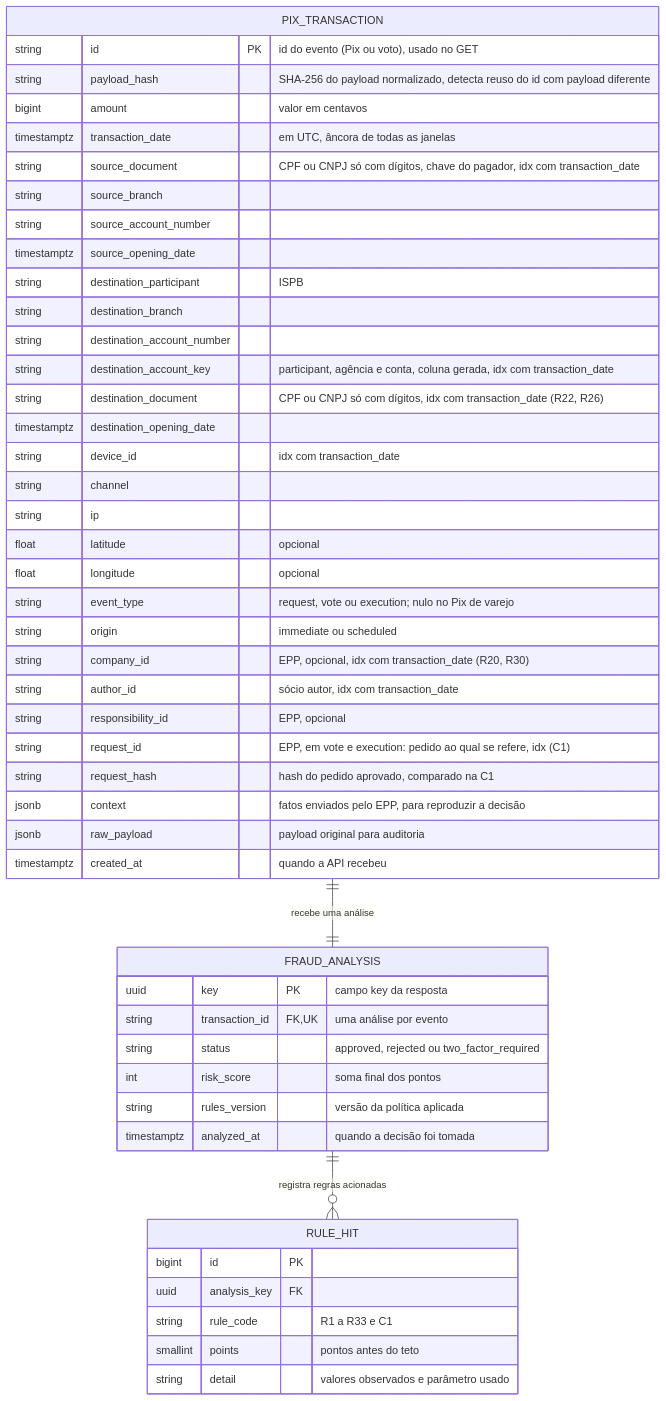
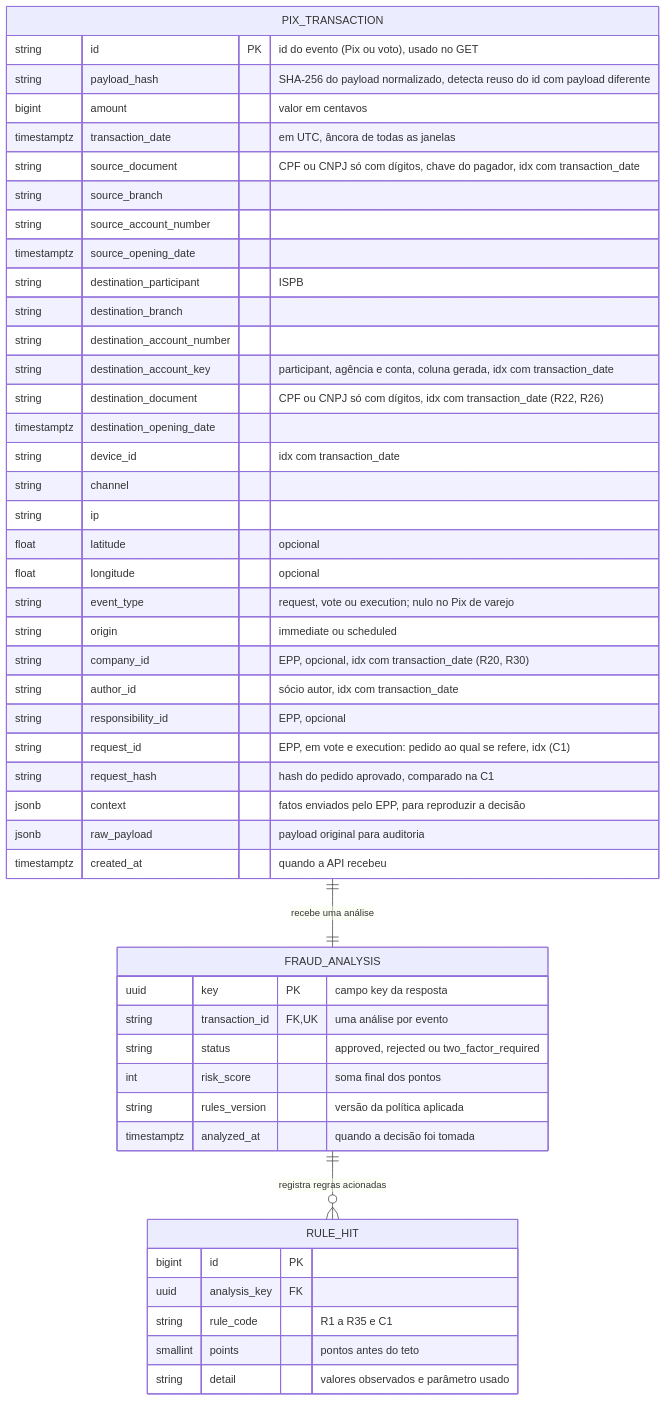
One commit to Hugo-Fuente/QIHackathon-Validacao-de-PIX changed the diagram in rfc_antifraude_pix.md. Above: the diagram before and after it, drawn with Mermaid. The commit also changed other lines of this file, not shown here.

````diff
--- a/rfc_antifraude_pix.md
+++ b/rfc_antifraude_pix.md
@@ -78,54 +78,54 @@
 ```mermaid
 erDiagram
     PIX_TRANSACTION ||--|| FRAUD_ANALYSIS : "recebe uma análise"
     FRAUD_ANALYSIS ||--o{ RULE_HIT : "registra regras acionadas"
 
     PIX_TRANSACTION {
         string id PK "id do evento (Pix ou voto), usado no GET"
         string payload_hash "SHA-256 do payload normalizado, detecta reuso do id com payload diferente"
         bigint amount "valor em centavos"
         timestamptz transaction_date "em UTC, âncora de todas as janelas"
         string source_document "CPF ou CNPJ só com dígitos, chave do pagador, idx com transaction_date"
         string source_branch
         string source_account_number
         timestamptz source_opening_date
         string destination_participant "ISPB"
         string destination_branch
         string destination_account_number
         string destination_account_key "participant, agência e conta, coluna gerada, idx com transaction_date"
         string destination_document "CPF ou CNPJ só com dígitos, idx com transaction_date (R22, R26)"
         timestamptz destination_opening_date
         string device_id "idx com transaction_date"
         string channel
         string ip
         float latitude "opcional"
         float longitude "opcional"
         string event_type "request, vote ou execution; nulo no Pix de varejo"
         string origin "immediate ou scheduled"
         string company_id "EPP, opcional, idx com transaction_date (R20, R30)"
         string author_id "sócio autor, idx com transaction_date"
         string responsibility_id "EPP, opcional"
         string request_id "EPP, em vote e execution: pedido ao qual se refere, idx (C1)"
         string request_hash "hash do pedido aprovado, comparado na C1"
         jsonb context "fatos enviados pelo EPP, para reproduzir a decisão"
         jsonb raw_payload "payload original para auditoria"
         timestamptz created_at "quando a API recebeu"
     }
 
     FRAUD_ANALYSIS {
         uuid key PK "campo key da resposta"
         string transaction_id FK, UK "uma análise por evento"
         string status "approved, rejected ou two_factor_required"
         int risk_score "soma final dos pontos"
         string rules_version "versão da política aplicada"
         timestamptz analyzed_at "quando a decisão foi tomada"
     }
 
     RULE_HIT {
         bigint id PK
         uuid analysis_key FK
-        string rule_code "R1 a R33 e C1"
+        string rule_code "R1 a R35 e C1"
         smallint points "pontos antes do teto"
         string detail "valores observados e parâmetro usado"
     }
 ```
````
